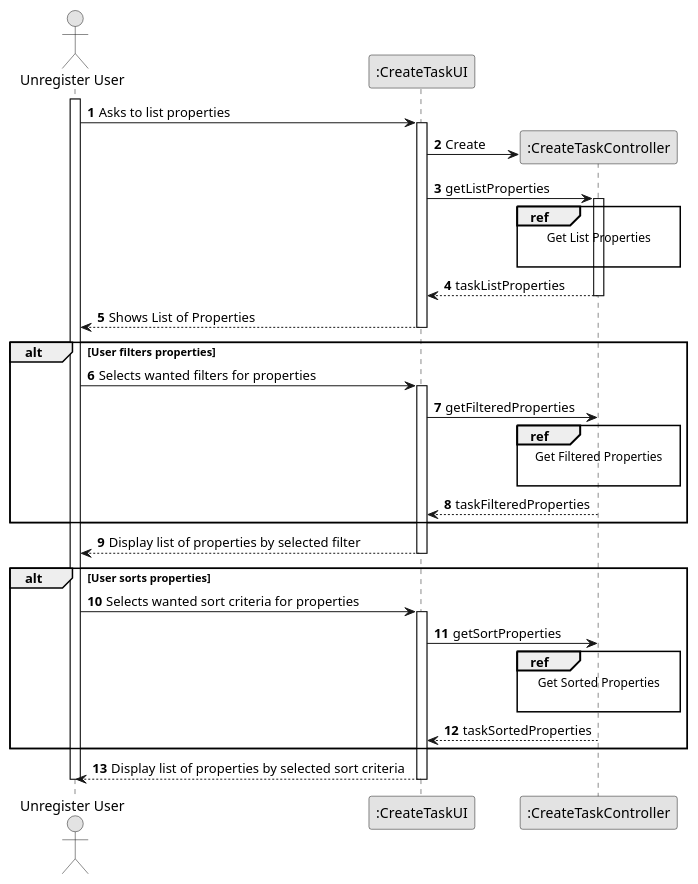
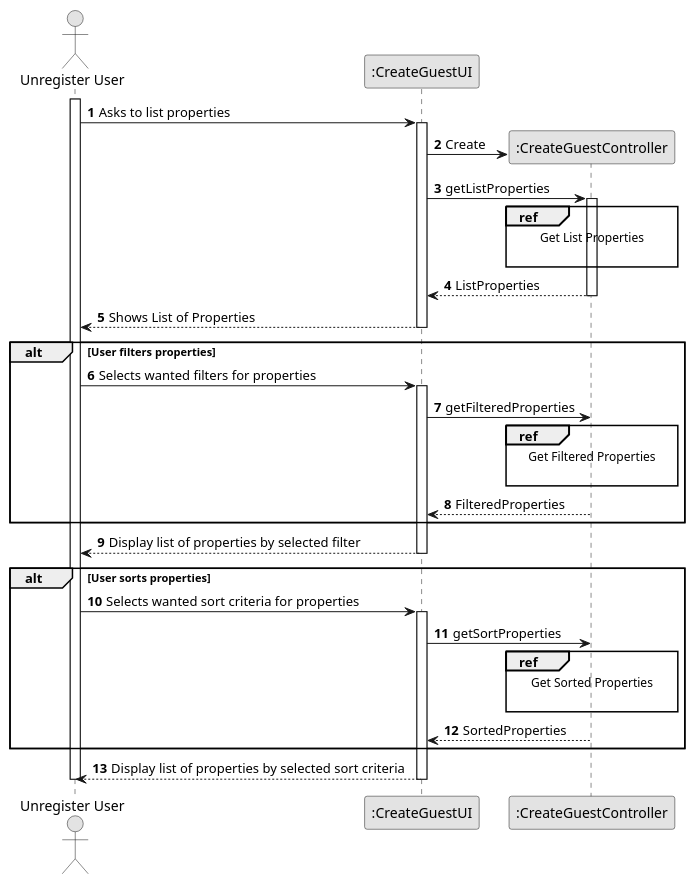
The diagram in lei-22-s2-1do-g68/docs/SprintB/us001/03.design/puml/us001-sequence-diagram-split.puml (hugosilva2901/lei-22-s2-1DO-g68), drawn with PlantUML before and after one commit. The commit also changed 7 other files, not shown here.

Commit message:
Update class diagram and ssd full us001

```diff
--- a/lei-22-s2-1do-g68/docs/SprintB/us001/03.design/puml/us001-sequence-diagram-split.puml
+++ b/lei-22-s2-1do-g68/docs/SprintB/us001/03.design/puml/us001-sequence-diagram-split.puml
@@ -1,63 +1,63 @@
 @startuml
 skinparam monochrome true
 skinparam packageStyle rectangle
 skinparam shadowing false
 
 autonumber
 
 'hide footbox
 actor "Unregister User" as ADM
-participant ":CreateTaskUI" as UI
-participant ":CreateTaskController" as CTRL
+participant ":CreateGuestUI" as UI
+participant ":CreateGuestController" as CTRL
 
 
 activate ADM
 
     ADM -> UI : Asks to list properties
 
     activate UI
 
         UI -> CTRL** : Create
         UI -> CTRL : getListProperties
         ref over CTRL
             Get List Properties
 
         end ref
 
         activate CTRL
 
-            CTRL --> UI : taskListProperties
+            CTRL --> UI : ListProperties
         deactivate CTRL
 
         UI --> ADM : Shows List of Properties
     deactivate UI
     alt User filters properties
     ADM -> UI : Selects wanted filters for properties
     activate UI
         UI -> CTRL : getFilteredProperties
         ref over CTRL
             Get Filtered Properties
 
         end ref
-    CTRL --> UI : taskFilteredProperties
+    CTRL --> UI : FilteredProperties
     end alt
         UI --> ADM : Display list of properties by selected filter
 
     deactivate UI
     alt User sorts properties
     ADM -> UI : Selects wanted sort criteria for properties
     activate UI
     UI -> CTRL : getSortProperties
             ref over CTRL
                 Get Sorted Properties
 
             end ref
-        CTRL --> UI : taskSortedProperties
+        CTRL --> UI : SortedProperties
     end alt
         UI --> ADM : Display list of properties by selected sort criteria
     deactivate UI
 
 
 deactivate ADM
 
 @enduml
```
